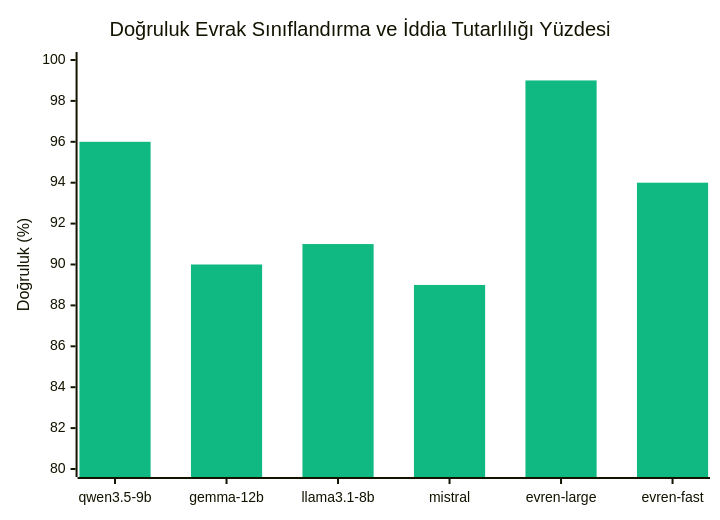
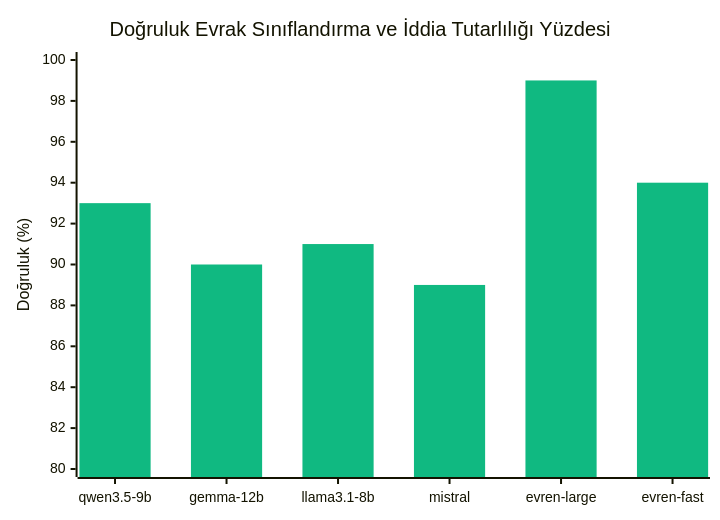
One commit to chyp3r/KACHOW-Teknofest-2026 changed diagram 13 of 17 in README.md. Above: the diagram before and after it, drawn with Mermaid. The commit also changed other lines of this file, not shown here.

````diff
--- a/README.md
+++ b/README.md
@@ -691,8 +719,8 @@
 ```mermaid
 %%{init: { 'theme': 'base', 'themeVariables': { 'xyChart': {'plotColorPalette': '#10b981'} } } }%%
 xychart-beta
     title "Doğruluk Evrak Sınıflandırma ve İddia Tutarlılığı Yüzdesi"
     x-axis ["qwen3.5-9b", "gemma-12b", "llama3.1-8b", "mistral", "evren-large", "evren-fast"]
     y-axis "Doğruluk (%)" 80 --> 100
-    bar [96, 90, 91, 89, 99, 94]
+    bar [93, 90, 91, 89, 99, 94]
 ```
````
